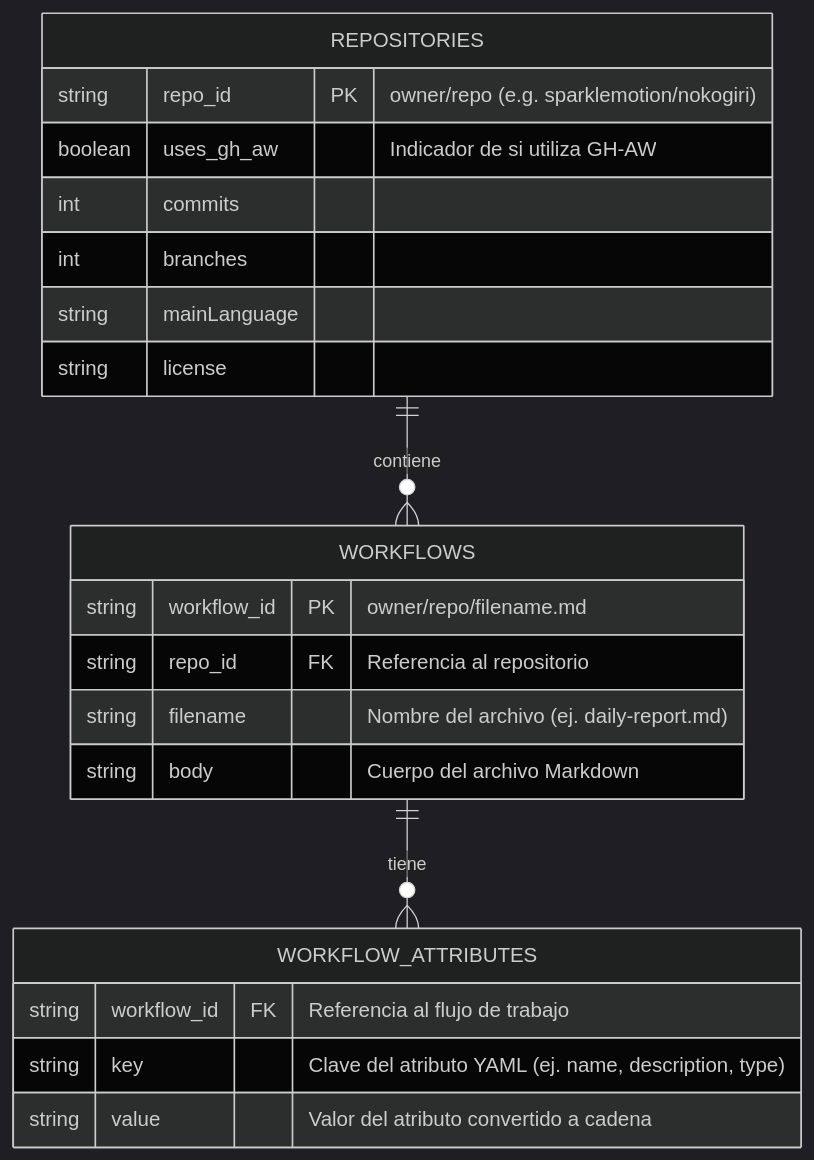
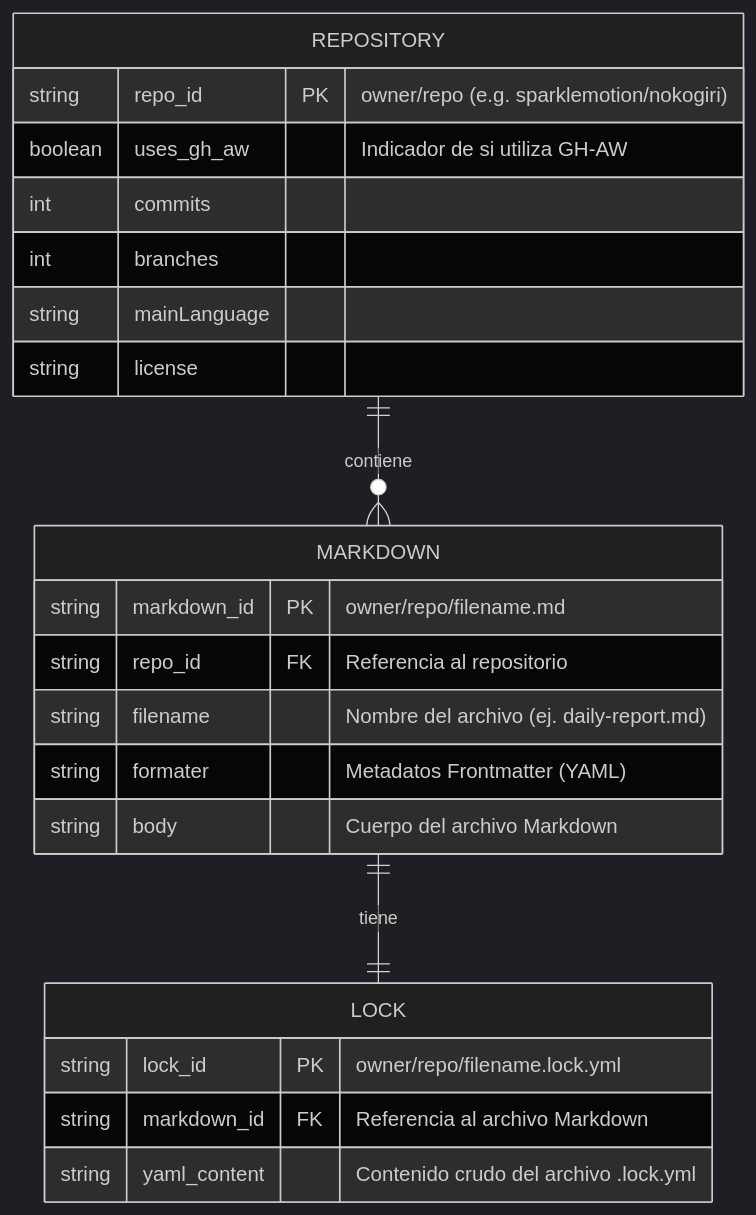
The diagram in docs/ER_diagram.md (EloyPradoMora/MinerIngenieriaDeDatos-Eloy-Prado), drawn with Mermaid (dark theme) before and after one commit. The commit also changed other lines of this file and 6 other files, not shown here.

````diff
--- a/docs/ER_diagram.md
+++ b/docs/ER_diagram.md
@@ -5,27 +5,28 @@
 ```mermaid
 erDiagram
-    REPOSITORIES ||--o{ WORKFLOWS : "contiene"
-    WORKFLOWS ||--o{ WORKFLOW_ATTRIBUTES : "tiene"
+    REPOSITORY ||--o{ MARKDOWN : "contiene"
+    MARKDOWN ||--|| LOCK : "tiene"
 
-    REPOSITORIES {
+    REPOSITORY {
         string repo_id PK "owner/repo (e.g. sparklemotion/nokogiri)"
         boolean uses_gh_aw "Indicador de si utiliza GH-AW"
         int commits
         int branches
         string mainLanguage
         string license
     }
 
-    WORKFLOWS {
-        string workflow_id PK "owner/repo/filename.md"
+    MARKDOWN {
+        string markdown_id PK "owner/repo/filename.md"
         string repo_id FK "Referencia al repositorio"
         string filename "Nombre del archivo (ej. daily-report.md)"
+        string formater "Metadatos Frontmatter (YAML)"
         string body "Cuerpo del archivo Markdown"
     }
 
-    WORKFLOW_ATTRIBUTES {
-        string workflow_id FK "Referencia al flujo de trabajo"
-        string key "Clave del atributo YAML (ej. name, description, type)"
-        string value "Valor del atributo convertido a cadena"
+    LOCK {
+        string lock_id PK "owner/repo/filename.lock.yml"
+        string markdown_id FK "Referencia al archivo Markdown"
+        string yaml_content "Contenido crudo del archivo .lock.yml"
     }
 ```
````
